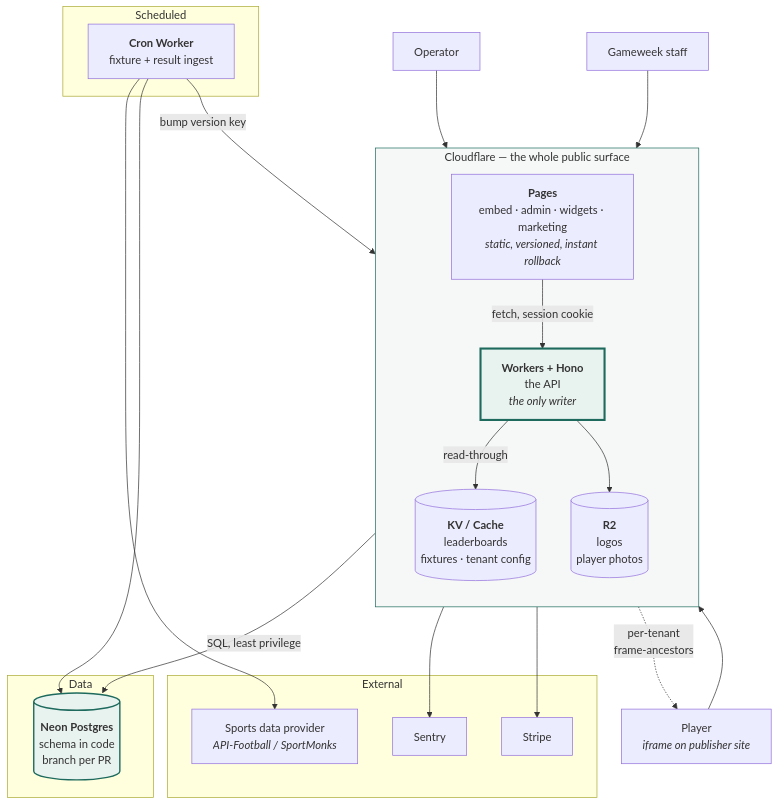
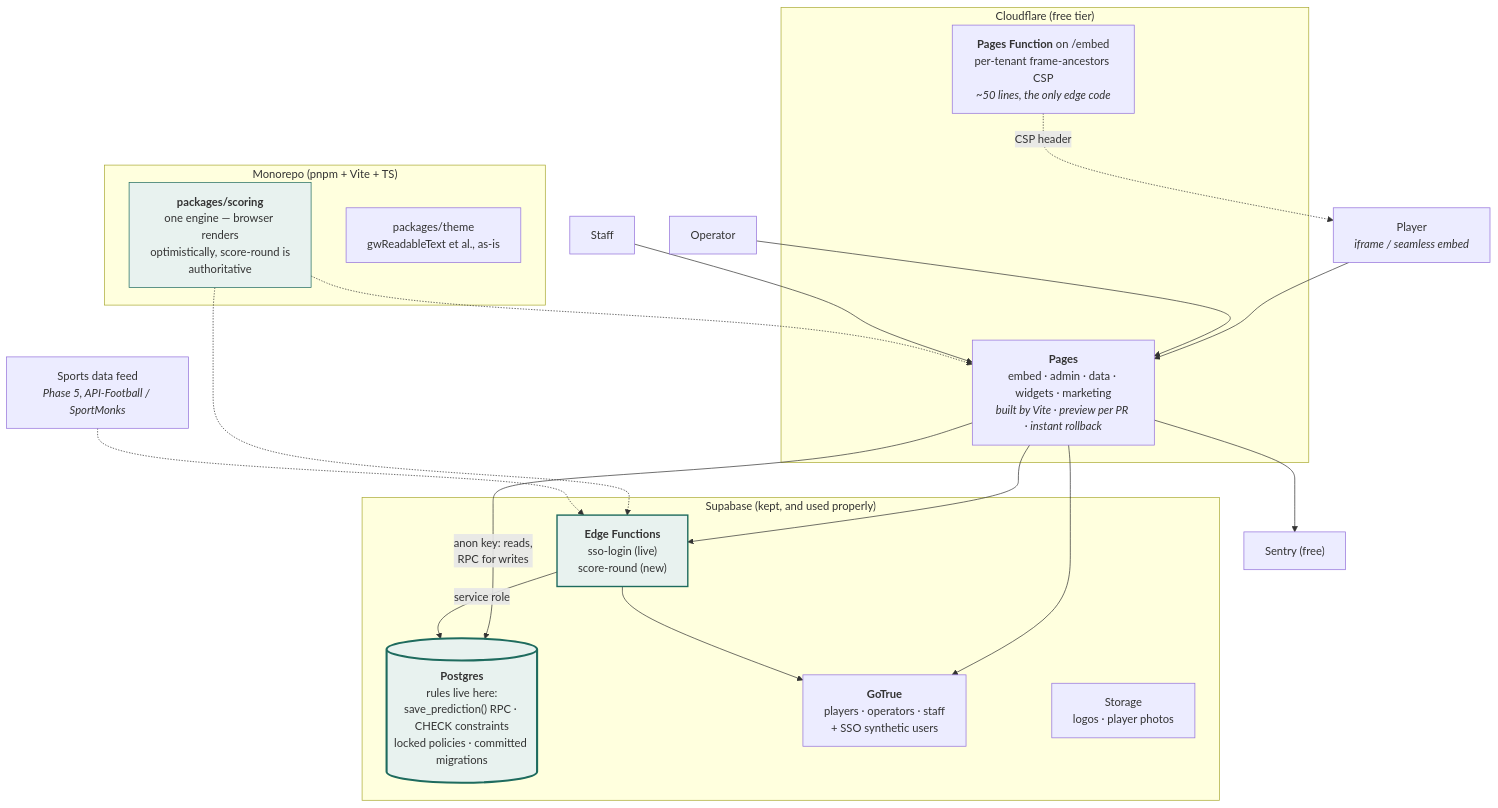
Before and after one commit to matchinist/gameweek: the first of 3 diagrams in docs/TARGET-ARCHITECTURE.md, drawn with Mermaid. The commit also changed other lines of this file and 4 other files, not shown here.

Commit message:
Add rearchitecture plan docs and live RLS policy audit (Phase 0.1)

````diff
--- a/docs/TARGET-ARCHITECTURE.md
+++ b/docs/TARGET-ARCHITECTURE.md
@@ -36,45 +55,41 @@
 ```mermaid
 flowchart TB
-    subgraph edge["Cloudflare — the whole public surface"]
-        direction TB
-        pages["<b>Pages</b><br/>embed · admin · widgets · marketing<br/><i>static, versioned, instant rollback</i>"]
-        worker["<b>Workers + Hono</b><br/>the API<br/><i>the only writer</i>"]
-        kv[("<b>KV / Cache</b><br/>leaderboards<br/>fixtures · tenant config")]
-        r2[("<b>R2</b><br/>logos<br/>player photos")]
+    subgraph edge["Cloudflare (free tier)"]
+        pages["<b>Pages</b><br/>embed · admin · data · widgets · marketing<br/><i>built by Vite · preview per PR · instant rollback</i>"]
+        pf["<b>Pages Function</b> on /embed<br/>per-tenant frame-ancestors CSP<br/><i>~50 lines, the only edge code</i>"]
     end
 
-    subgraph data["Data"]
-        pg[("<b>Neon Postgres</b><br/>schema in code<br/>branch per PR")]
+    subgraph supa["Supabase (kept, and used properly)"]
+        pg[("<b>Postgres</b><br/>rules live here:<br/>save_prediction() RPC · CHECK constraints<br/>locked policies · committed migrations")]
+        auth["<b>GoTrue</b><br/>players · operators · staff<br/>+ SSO synthetic users"]
+        fns["<b>Edge Functions</b><br/>sso-login (live)<br/>score-round (new)"]
+        storage["Storage<br/>logos · player photos"]
     end
 
-    subgraph jobs["Scheduled"]
-        cron["<b>Cron Worker</b><br/>fixture + result ingest"]
+    subgraph repo["Monorepo (pnpm + Vite + TS)"]
+        scoring["<b>packages/scoring</b><br/>one engine — browser renders<br/>optimistically, score-round is<br/>authoritative"]
+        theme["packages/theme<br/>gwReadableText et al., as-is"]
     end
 
-    subgraph ext["External"]
-        feed["Sports data provider<br/><i>API-Football / SportMonks</i>"]
-        sentry["Sentry"]
-        stripe["Stripe"]
-    end
+    ext["Sports data feed<br/><i>Phase 5, API-Football / SportMonks</i>"]
+    sentry["Sentry (free)"]
 
-    player["Player<br/><i>iframe on publisher site</i>"] --> pages
+    player["Player<br/><i>iframe / seamless embed</i>"] --> pages
     operator["Operator"] --> pages
-    staff["Gameweek staff"] --> pages
+    staff["Staff"] --> pages
 
-    pages -->|"fetch, session cookie"| worker
-    worker -->|"read-through"| kv
-    worker -->|"SQL, least privilege"| pg
-    worker --> r2
-    worker --> sentry
-    worker --> stripe
+    pages -->|"anon key: reads,<br/>RPC for writes"| pg
+    pages --> auth
+    pages --> fns
+    fns -->|service role| pg
+    fns --> auth
+    pf -.->|CSP header| player
+    scoring -.-> pages
+    scoring -.-> fns
+    ext -.-> fns
+    pages --> sentry
 
-    cron --> feed
-    cron --> pg
-    cron -->|"bump version key"| kv
-
-    worker -.->|"per-tenant<br/>frame-ancestors"| player
-
-    style worker fill:#e8f2ef,stroke:#1e6b5e,stroke-width:3px
-    style pg fill:#e8f2ef,stroke:#1e6b5e,stroke-width:2px
-    style edge fill:#f5f8f6,stroke:#1e6b5e
+    style pg fill:#e8f2ef,stroke:#1e6b5e,stroke-width:3px
+    style fns fill:#e8f2ef,stroke:#1e6b5e,stroke-width:2px
+    style scoring fill:#e8f2ef,stroke:#1e6b5e
 ```
````
